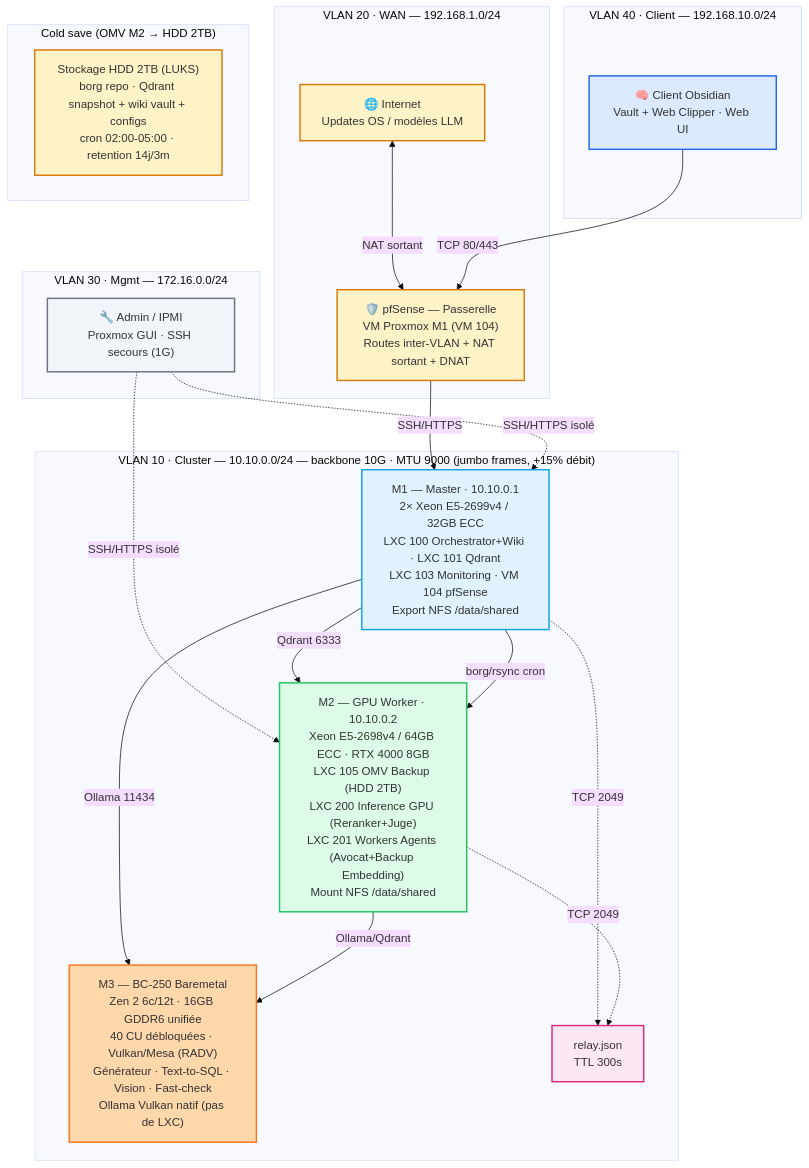
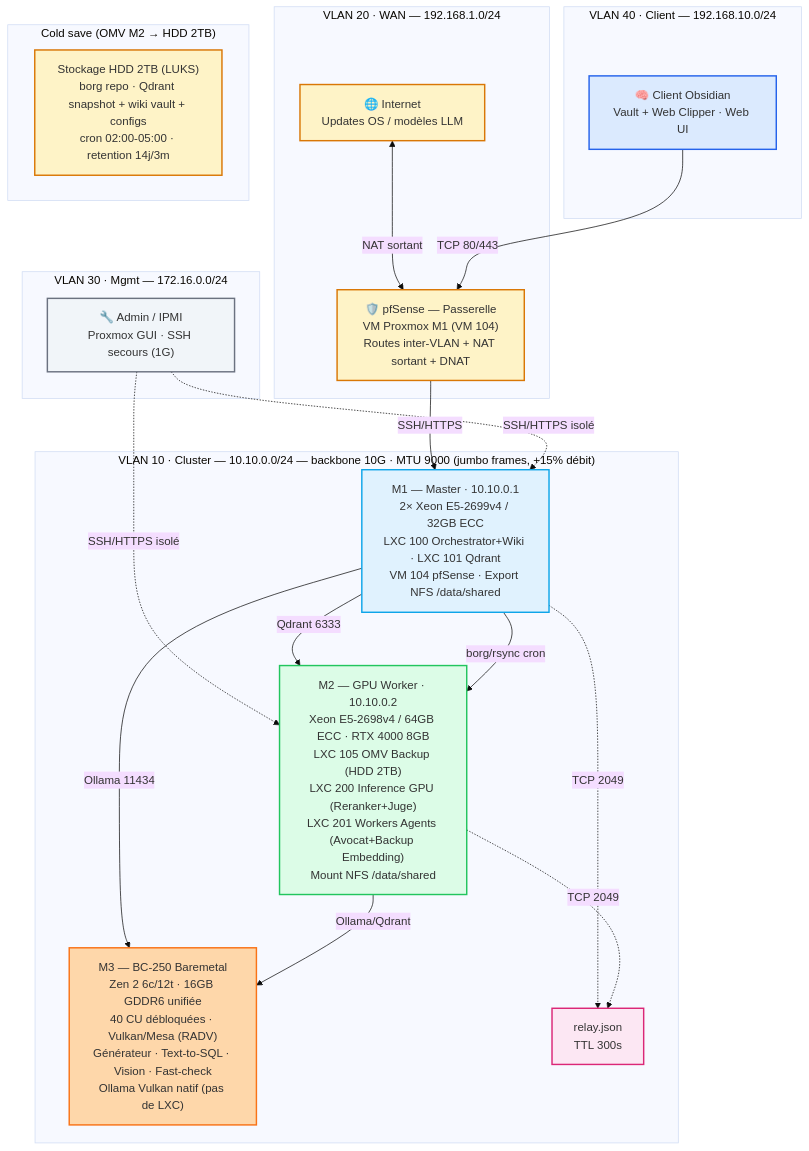
The diagram in docs/diagrams/05-network-topology.md (chelmooz/rag-multi-agent-cluster), drawn with Mermaid (base theme) before and after one commit. The commit also changed 23 other files, not shown here.

Commit message:
chore: Sprint 1 hygiène/CI terminé + ROADMAP 4 phases (A-D) + décisions D10-D12 (mock-first, éval optionnelle)

````diff
--- a/docs/diagrams/05-network-topology.md
+++ b/docs/diagrams/05-network-topology.md
@@ -1,47 +1,47 @@
 ```mermaid
 flowchart TB
     classDef wan fill:#fef3c7,stroke:#d97706,stroke-width:2px
     classDef client fill:#dbeafe,stroke:#2563eb,stroke-width:2px
     classDef mgmt fill:#f1f5f9,stroke:#6b7280,stroke-width:2px
     classDef m1 fill:#e0f2fe,stroke:#0ea5e9,stroke-width:2px
     classDef m2 fill:#dcfce7,stroke:#22c55e,stroke-width:2px
     classDef m3 fill:#fed7aa,stroke:#f97316,stroke-width:2px
     classDef relay fill:#fce7f3,stroke:#db2777,stroke-width:2px
     classDef cold fill:#fef3c7,stroke:#d97706,stroke-width:2px
 
     subgraph VLAN20["VLAN 20 · WAN — 192.168.1.0/24"]
         Internet["🌐 Internet<br/>Updates OS / modèles LLM"]:::wan
         pfSense["🛡️ pfSense — Passerelle<br/>VM Proxmox M1 (VM 104)<br/>Routes inter-VLAN + NAT sortant + DNAT"]:::wan
     end
 
     subgraph VLAN40["VLAN 40 · Client — 192.168.10.0/24"]
         Obsidian["🧠 Client Obsidian<br/>Vault + Web Clipper · Web UI"]:::client
     end
 
     subgraph VLAN30["VLAN 30 · Mgmt — 172.16.0.0/24"]
         Admin["🔧 Admin / IPMI<br/>Proxmox GUI · SSH secours (1G)"]:::mgmt
     end
 
     subgraph VLAN10["VLAN 10 · Cluster — 10.10.0.0/24 — backbone 10G · MTU 9000 (jumbo frames, +15% débit)"]
-        M1["M1 — Master · 10.10.0.1<br/>2× Xeon E5-2699v4 / 32GB ECC<br/>LXC 100 Orchestrator+Wiki · LXC 101 Qdrant<br/>LXC 103 Monitoring · VM 104 pfSense<br/>Export NFS /data/shared"]:::m1
+        M1["M1 — Master · 10.10.0.1<br/>2× Xeon E5-2699v4 / 32GB ECC<br/>LXC 100 Orchestrator+Wiki · LXC 101 Qdrant<br/>VM 104 pfSense · Export NFS /data/shared"]:::m1
         M2["M2 — GPU Worker · 10.10.0.2<br/>Xeon E5-2698v4 / 64GB ECC · RTX 4000 8GB<br/>LXC 105 OMV Backup (HDD 2TB)<br/>LXC 200 Inference GPU (Reranker+Juge)<br/>LXC 201 Workers Agents (Avocat+Backup Embedding)<br/>Mount NFS /data/shared"]:::m2
         M3["M3 — BC-250 Baremetal<br/>Zen 2 6c/12t · 16GB GDDR6 unifiée<br/>40 CU débloquées · Vulkan/Mesa (RADV)<br/>Générateur · Text-to-SQL · Vision · Fast-check<br/>Ollama Vulkan natif (pas de LXC)"]:::m3
         Relay["relay.json<br/>TTL 300s"]:::relay
     end
 
     subgraph COLDBOX["Cold save (OMV M2 → HDD 2TB)"]
         HDD["Stockage HDD 2TB (LUKS)<br/>borg repo · Qdrant snapshot + wiki vault + configs<br/>cron 02:00-05:00 · retention 14j/3m"]:::cold
     end
 
     Internet <--> |NAT sortant| pfSense
     Obsidian -->|TCP 80/443| pfSense
     pfSense -->|SSH/HTTPS| M1
     Admin -.->|SSH/HTTPS isolé| M1
     Admin -.->|SSH/HTTPS isolé| M2
     M1 -->|Qdrant 6333| M2
     M1 -->|Ollama 11434| M3
     M2 -->|Ollama/Qdrant| M3
     M1 -.->|TCP 2049| Relay
     M2 -.->|TCP 2049| Relay
     M1 -->|borg/rsync cron| M2
 ```
````
